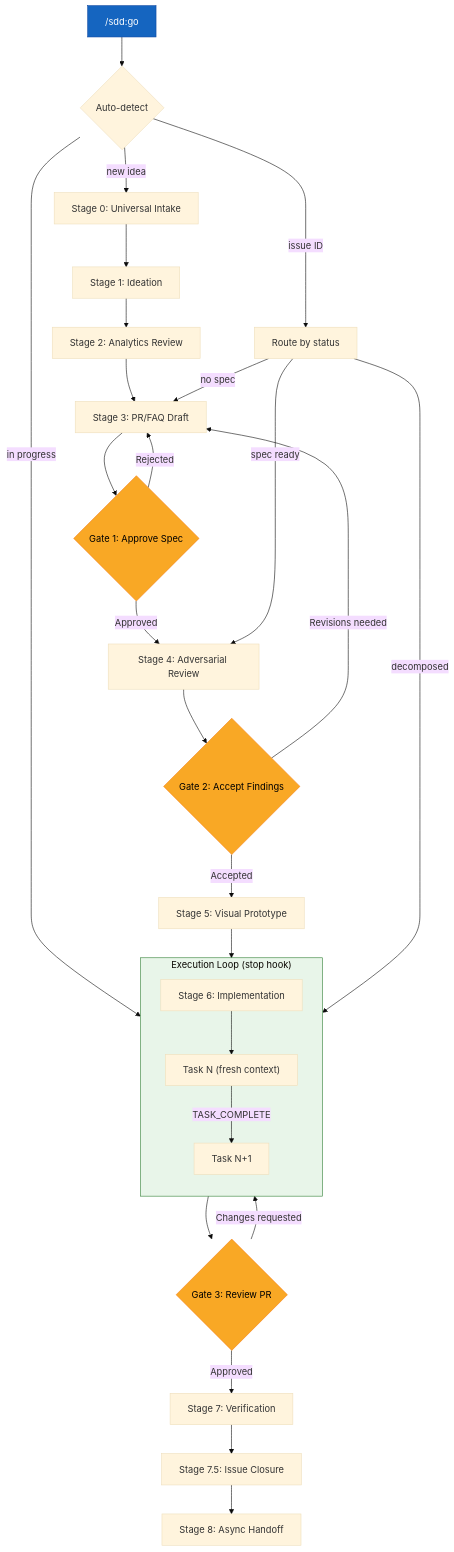
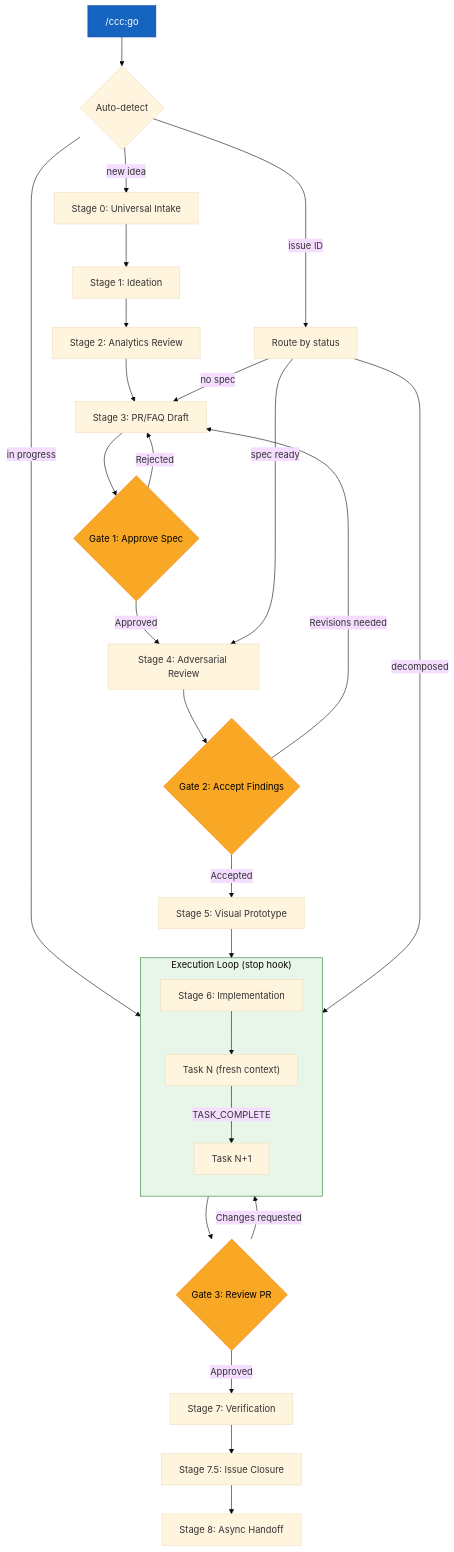
Before and after one commit to cianos95-dev/claude-command-centre: the first of 2 diagrams in skills/spec-workflow/SKILL.md, drawn with Mermaid (base theme). The commit also changed other lines of this file and 62 other files, not shown here.

First line of the commit message:
Rebrand SDD → CCC: commands, dot files, hooks, agents, marketplace

````diff
--- a/skills/spec-workflow/SKILL.md
+++ b/skills/spec-workflow/SKILL.md
@@ -15,40 +15,40 @@
 ```mermaid
 flowchart TD
-    GO["/sdd:go"] --> DETECT{Auto-detect}
+    GO["/ccc:go"] --> DETECT{Auto-detect}
     DETECT -->|"new idea"| S0[Stage 0: Universal Intake]
     DETECT -->|"issue ID"| ROUTE[Route by status]
     DETECT -->|"in progress"| S6
 
     S0 --> S1[Stage 1: Ideation]
     S1 --> S2[Stage 2: Analytics Review]
     S2 --> S3[Stage 3: PR/FAQ Draft]
     S3 --> G1{Gate 1: Approve Spec}
     G1 -->|Approved| S4[Stage 4: Adversarial Review]
     G1 -->|Rejected| S3
     S4 --> G2{Gate 2: Accept Findings}
     G2 -->|Accepted| S5[Stage 5: Visual Prototype]
     G2 -->|Revisions needed| S3
     S5 --> S6[Stage 6: Implementation]
 
     ROUTE -->|"no spec"| S3
     ROUTE -->|"spec ready"| S4
     ROUTE -->|"decomposed"| S6
 
     subgraph EXEC ["Execution Loop (stop hook)"]
         direction TB
         S6 --> TASK["Task N (fresh context)"]
         TASK -->|TASK_COMPLETE| NEXT["Task N+1"]
     end
 
     EXEC --> G3{Gate 3: Review PR}
     G3 -->|Approved| S7[Stage 7: Verification]
     G3 -->|Changes requested| S6
     S7 --> S7_5[Stage 7.5: Issue Closure]
     S7_5 --> S8[Stage 8: Async Handoff]
 
     style GO fill:#1565c0,color:#fff,stroke:#0d47a1
     style G1 fill:#f9a825,stroke:#f57f17,color:#000
     style G2 fill:#f9a825,stroke:#f57f17,color:#000
     style G3 fill:#f9a825,stroke:#f57f17,color:#000
     style EXEC fill:#e8f5e9,stroke:#2e7d32
 ```
````
